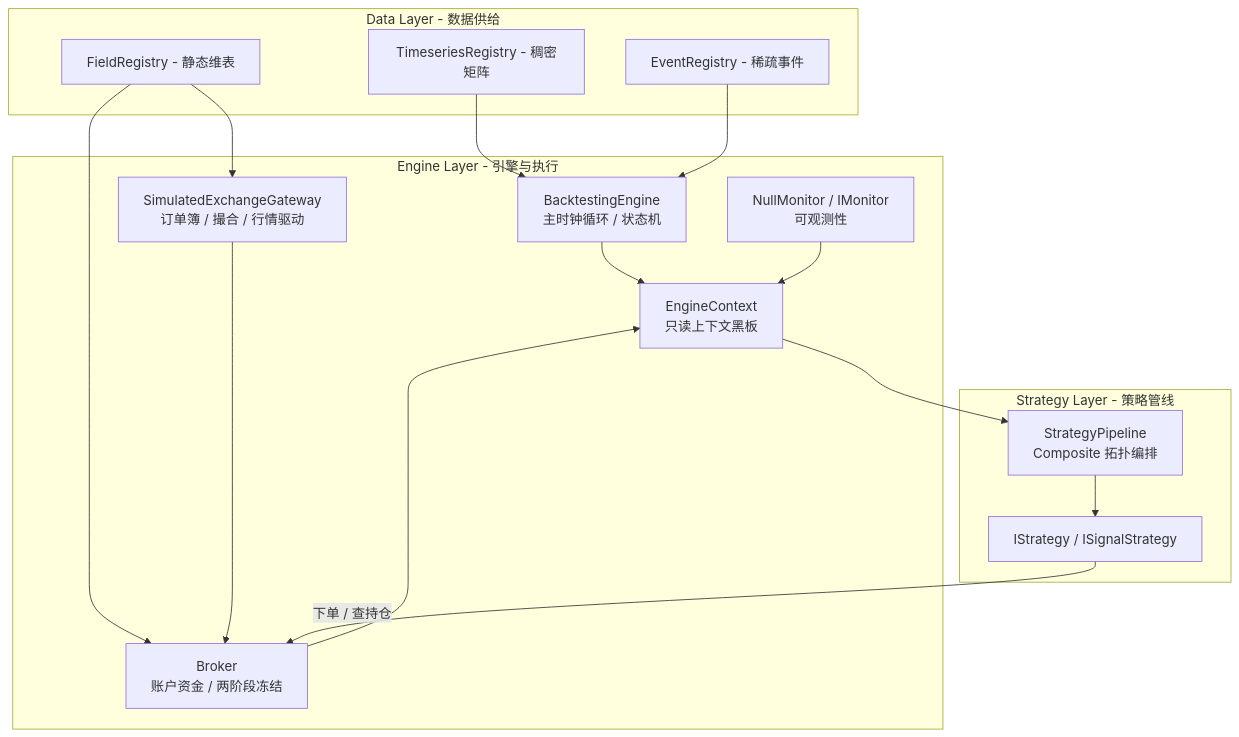
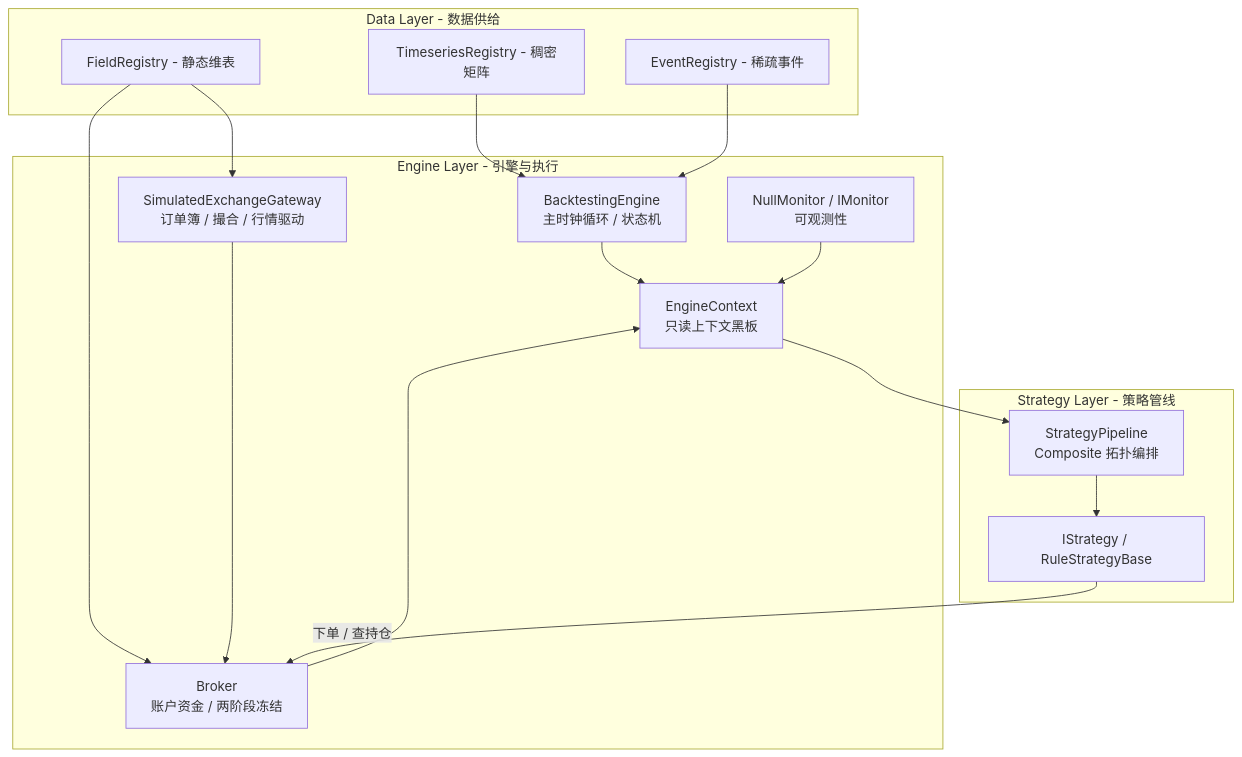
The first of 2 diagrams in docs/engine.md (CRThu/CarrotQuant.Net), drawn with Mermaid before and after one commit. The commit also changed other lines of this file and 26 other files, not shown here.

````diff
--- a/docs/engine.md
+++ b/docs/engine.md
@@ -18,33 +19,33 @@
 ```mermaid
 graph TD
     subgraph DataLayer [Data Layer - 数据供给]
         TR[TimeseriesRegistry - 稠密矩阵]
         ER[EventRegistry - 稀疏事件]
         FR[FieldRegistry - 静态维表]
     end
 
     subgraph EngineLayer [Engine Layer - 引擎与执行]
         Engine[BacktestingEngine<br>主时钟循环 / 状态机]
         Context[EngineContext<br>只读上下文黑板]
         Broker[Broker<br>账户资金 / 两阶段冻结]
         Gateway[SimulatedExchangeGateway<br>订单簿 / 撮合 / 行情驱动]
         Monitor[NullMonitor / IMonitor<br>可观测性]
     end
 
     subgraph StrategyLayer [Strategy Layer - 策略管线]
         Pipeline[StrategyPipeline<br>Composite 拓扑编排]
-        Strategy[IStrategy / ISignalStrategy]
+        Strategy[IStrategy / RuleStrategyBase]
     end
 
     TR --> Engine
     ER --> Engine
     FR --> Broker
     FR --> Gateway
     Broker --> Context
     Gateway --> Broker
     Engine --> Context
     Monitor --> Context
     Context --> Pipeline
     Pipeline --> Strategy
     Strategy -->|下单 / 查持仓| Broker
 ```
````
